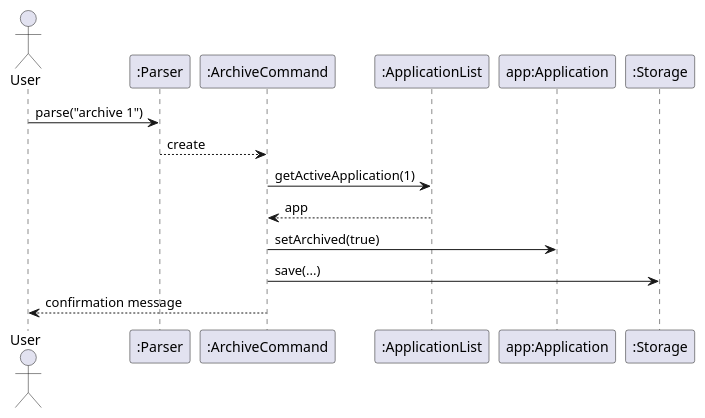
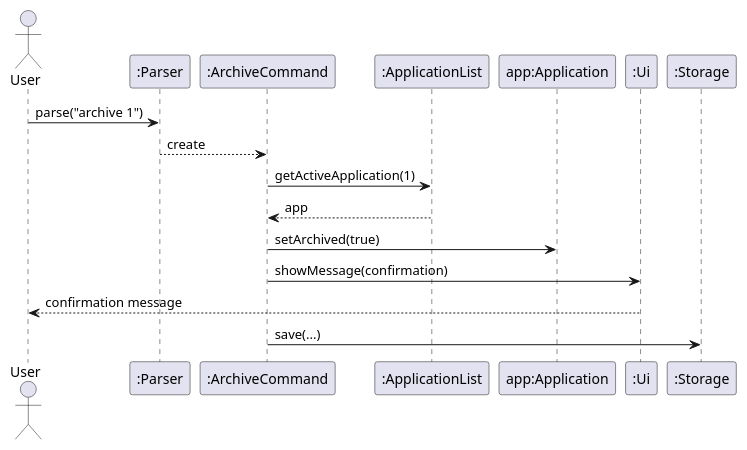
Before and after one commit to eugenia-cnl-lee/tp: the diagram in docs/diagrams/AaravArchiveCommandSequence.puml, drawn with PlantUML. The commit also changed 12 other files, not shown here.

Commit message:
fix Developer Guide and diagrams

```diff
--- a/docs/diagrams/AaravArchiveCommandSequence.puml
+++ b/docs/diagrams/AaravArchiveCommandSequence.puml
@@ -1,17 +1,19 @@
 @startuml
 actor User
 participant ":Parser" as P
 participant ":ArchiveCommand" as AC
 participant ":ApplicationList" as AL
 participant "app:Application" as app
+participant ":Ui" as UI
 participant ":Storage" as S
 
 User -> P : parse("archive 1")
 P --> AC : create
 
 AC -> AL : getActiveApplication(1)
 AL --> AC : app
 AC -> app : setArchived(true)
+AC -> UI : showMessage(confirmation)
+UI --> User : confirmation message
 AC -> S : save(...)
-AC --> User : confirmation message
 @enduml
```
